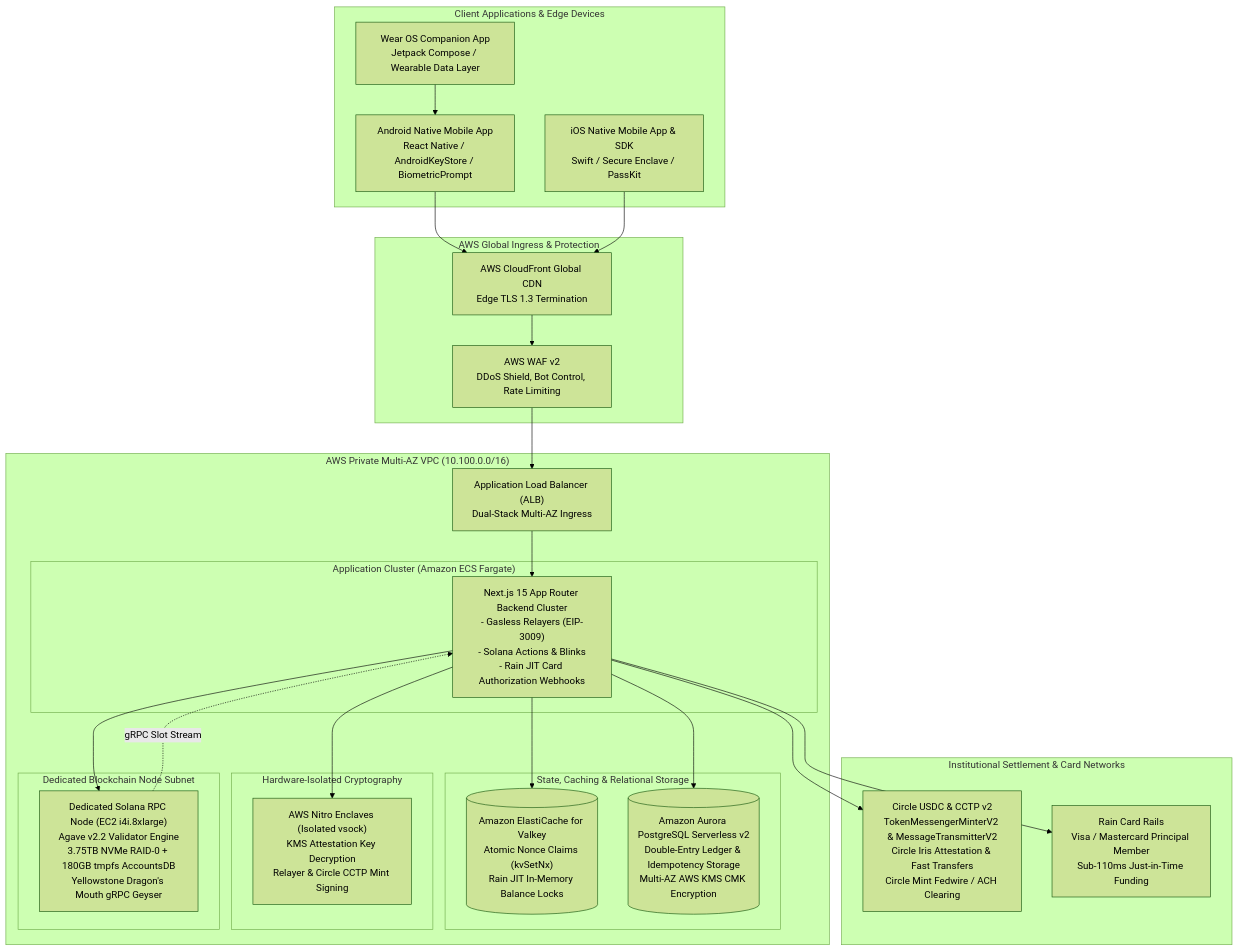
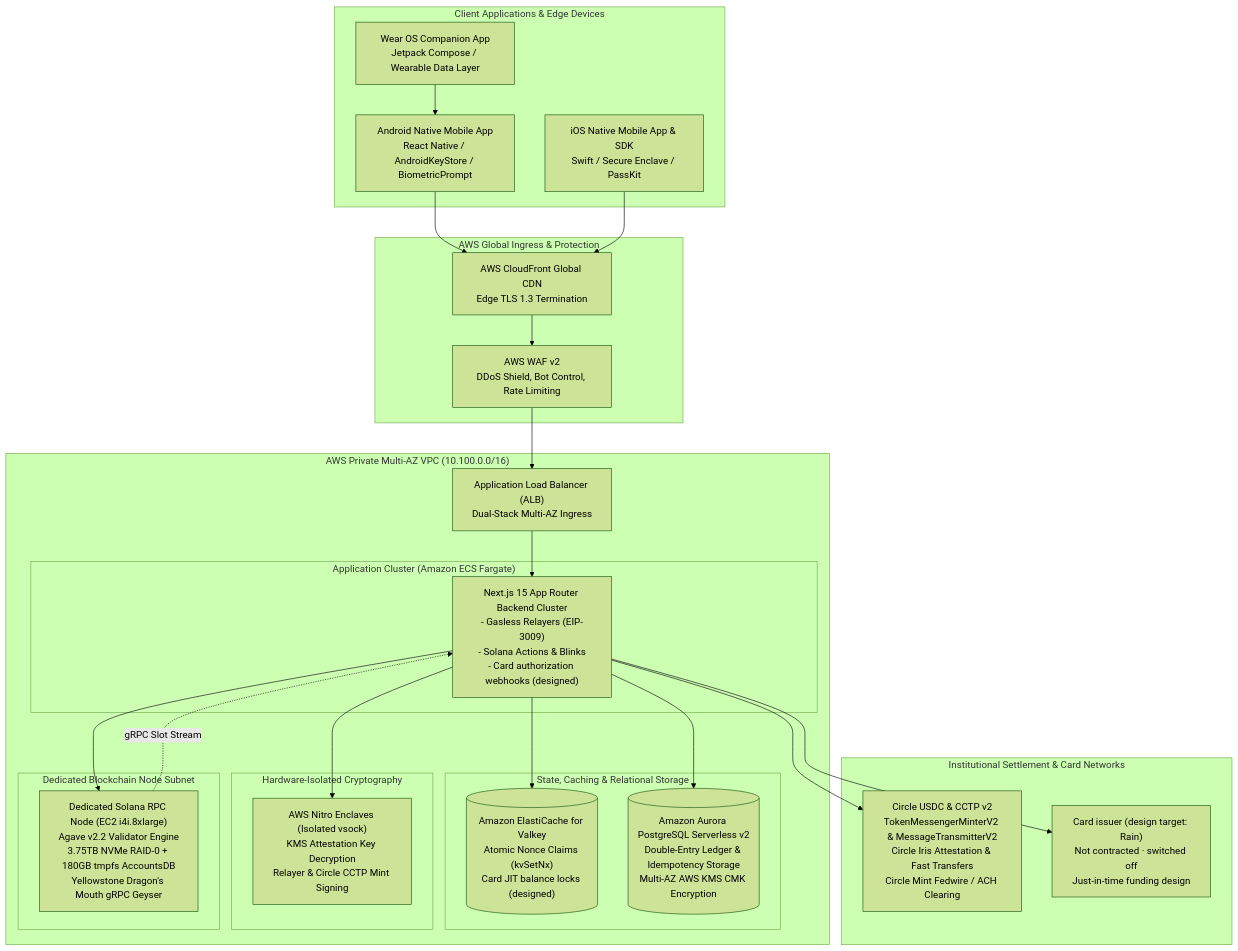
One commit to FurlPay/docs changed the diagram in README.md. Above: the diagram before and after it, drawn with Mermaid (forest theme). The commit also changed other lines of this file and 10 other files, not shown here.

First line of the commit message:
docs: mark AWS blueprints as planned, add current status, AWS engagement brief and card JIT rails plan

````diff
--- a/README.md
+++ b/README.md
@@ -40,53 +60,53 @@
 ```mermaid
 flowchart TD
     subgraph Clients["Client Applications & Edge Devices"]
         Android["Android Native Mobile App<br/>React Native / AndroidKeyStore / BiometricPrompt"]
         WearOS["Wear OS Companion App<br/>Jetpack Compose / Wearable Data Layer"]
         iOS["iOS Native Mobile App & SDK<br/>Swift / Secure Enclave / PassKit"]
     end
 
     subgraph Ingress["AWS Global Ingress & Protection"]
         CloudFront["AWS CloudFront Global CDN<br/>Edge TLS 1.3 Termination"]
         WAF["AWS WAF v2<br/>DDoS Shield, Bot Control, Rate Limiting"]
     end
 
     subgraph PrivateVPC["AWS Private Multi-AZ VPC (10.100.0.0/16)"]
         ALB["Application Load Balancer (ALB)<br/>Dual-Stack Multi-AZ Ingress"]
         
         subgraph ComputeCluster["Application Cluster (Amazon ECS Fargate)"]
-            ECS["Next.js 15 App Router Backend Cluster<br/>- Gasless Relayers (EIP-3009)<br/>- Solana Actions & Blinks<br/>- Rain JIT Card Authorization Webhooks"]
+            ECS["Next.js 15 App Router Backend Cluster<br/>- Gasless Relayers (EIP-3009)<br/>- Solana Actions & Blinks<br/>- Card authorization webhooks (designed)"]
         end
 
         subgraph DataTier["State, Caching & Relational Storage"]
-            Valkey[("Amazon ElastiCache for Valkey<br/>Atomic Nonce Claims (kvSetNx)<br/>Rain JIT In-Memory Balance Locks")]
+            Valkey[("Amazon ElastiCache for Valkey<br/>Atomic Nonce Claims (kvSetNx)<br/>Card JIT balance locks (designed)")]
             Aurora[("Amazon Aurora PostgreSQL Serverless v2<br/>Double-Entry Ledger & Idempotency Storage<br/>Multi-AZ AWS KMS CMK Encryption")]
         end
 
         subgraph KeyIsolation["Hardware-Isolated Cryptography"]
             Enclave["AWS Nitro Enclaves (Isolated vsock)<br/>KMS Attestation Key Decryption<br/>Relayer & Circle CCTP Mint Signing"]
         end
 
         subgraph BlockchainTier["Dedicated Blockchain Node Subnet"]
             SolanaNode["Dedicated Solana RPC Node (EC2 i4i.8xlarge)<br/>Agave v2.2 Validator Engine<br/>3.75TB NVMe RAID-0 + 180GB tmpfs AccountsDB<br/>Yellowstone Dragon's Mouth gRPC Geyser"]
         end
     end
 
     subgraph Rails["Institutional Settlement & Card Networks"]
         Circle["Circle USDC & CCTP v2<br/>TokenMessengerMinterV2 & MessageTransmitterV2<br/>Circle Iris Attestation & Fast Transfers<br/>Circle Mint Fedwire / ACH Clearing"]
-        Rain["Rain Card Rails<br/>Visa / Mastercard Principal Member<br/>Sub-110ms Just-in-Time Funding"]
+        Rain["Card issuer (design target: Rain)<br/>Not contracted · switched off<br/>Just-in-time funding design"]
     end
 
     Android --> CloudFront
     WearOS --> Android
     iOS --> CloudFront
     CloudFront --> WAF
     WAF --> ALB
     ALB --> ECS
     ECS --> Valkey
     ECS --> Aurora
     ECS --> Enclave
     ECS --> SolanaNode
     ECS --> Circle
     ECS --> Rain
     SolanaNode -.->|gRPC Slot Stream| ECS
 ```
````
